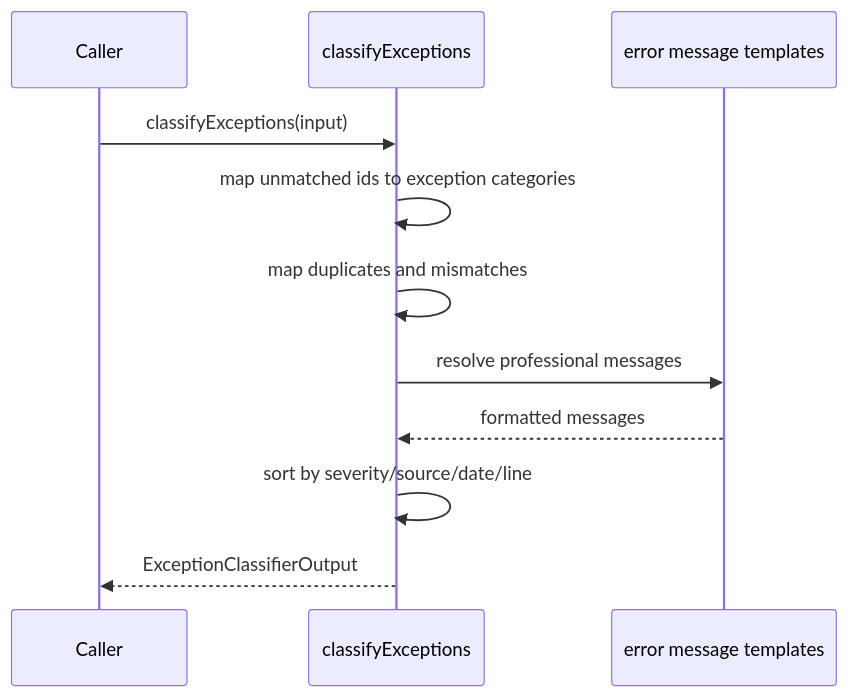
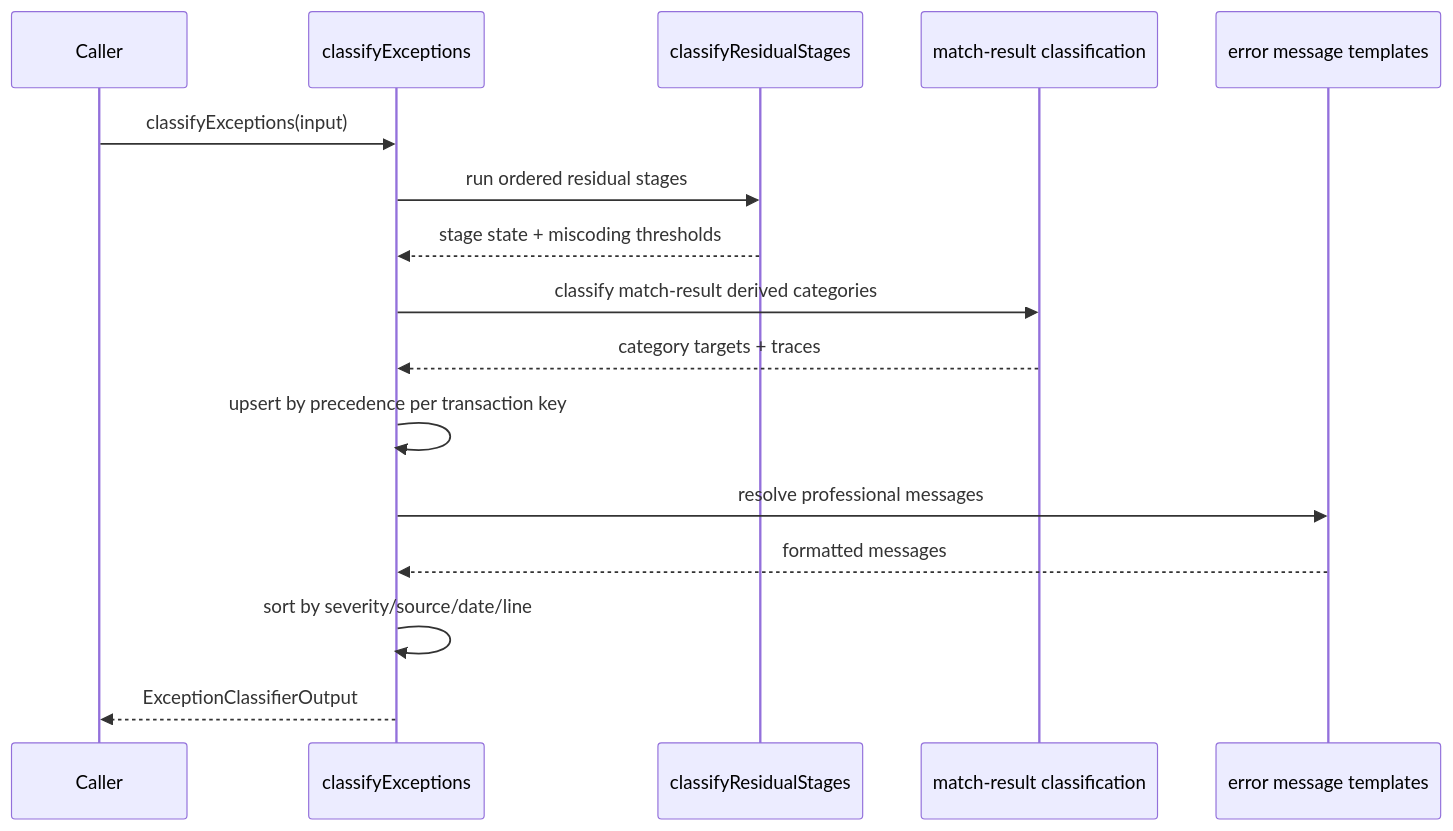
Diagram 15 of 20 in docs/class-method-reference.md (RussRayHome/reconciliation-platform), drawn with Mermaid before and after one commit. The commit also changed other lines of this file and 44 other files, not shown here.

````diff
--- a/docs/class-method-reference.md
+++ b/docs/class-method-reference.md
@@ -978,13 +993,18 @@
 ```mermaid
 sequenceDiagram
   participant Caller
   participant C as classifyExceptions
+  participant Stages as classifyResidualStages
+  participant Match as match-result classification
   participant Msg as error message templates
   Caller->>C: classifyExceptions(input)
-  C->>C: map unmatched ids to exception categories
-  C->>C: map duplicates and mismatches
+  C->>Stages: run ordered residual stages
+  Stages-->>C: stage state + miscoding thresholds
+  C->>Match: classify match-result derived categories
+  Match-->>C: category targets + traces
+  C->>C: upsert by precedence per transaction key
   C->>Msg: resolve professional messages
   Msg-->>C: formatted messages
   C->>C: sort by severity/source/date/line
   C-->>Caller: ExceptionClassifierOutput
 ```
````
